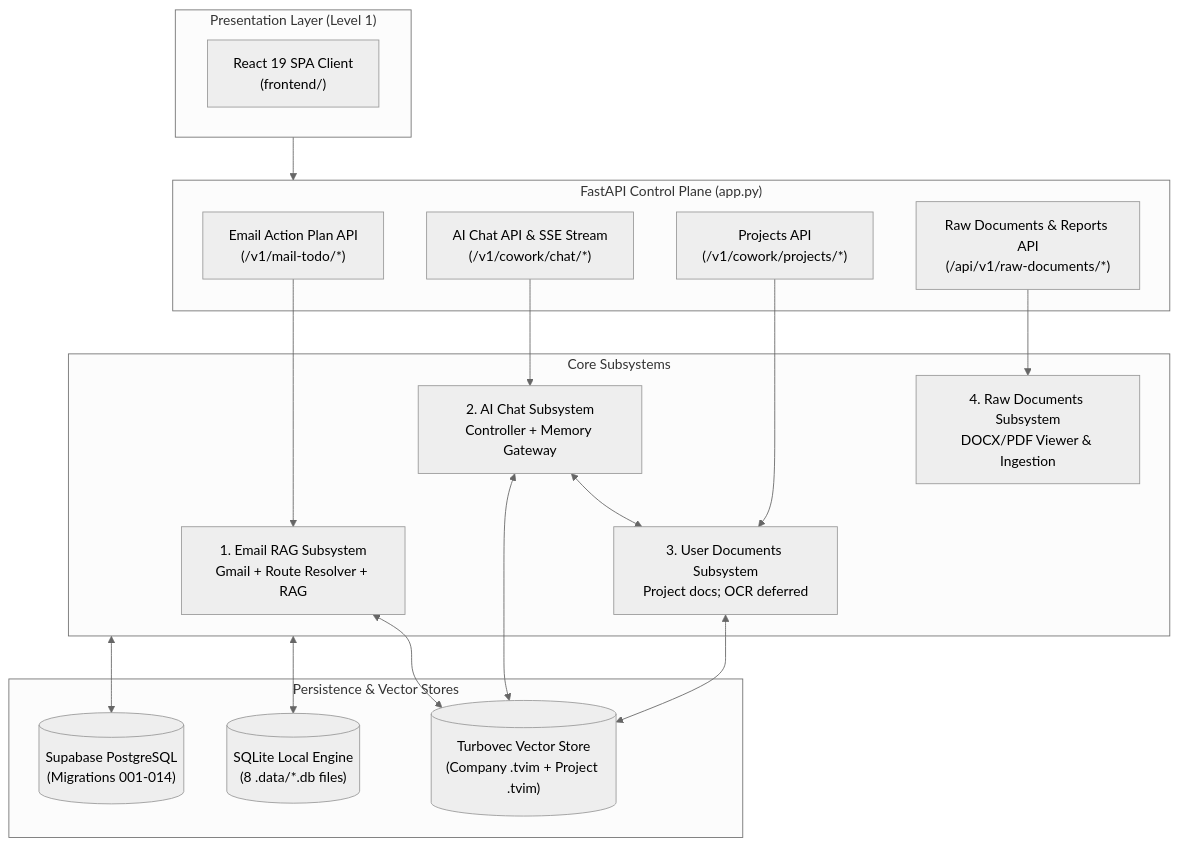
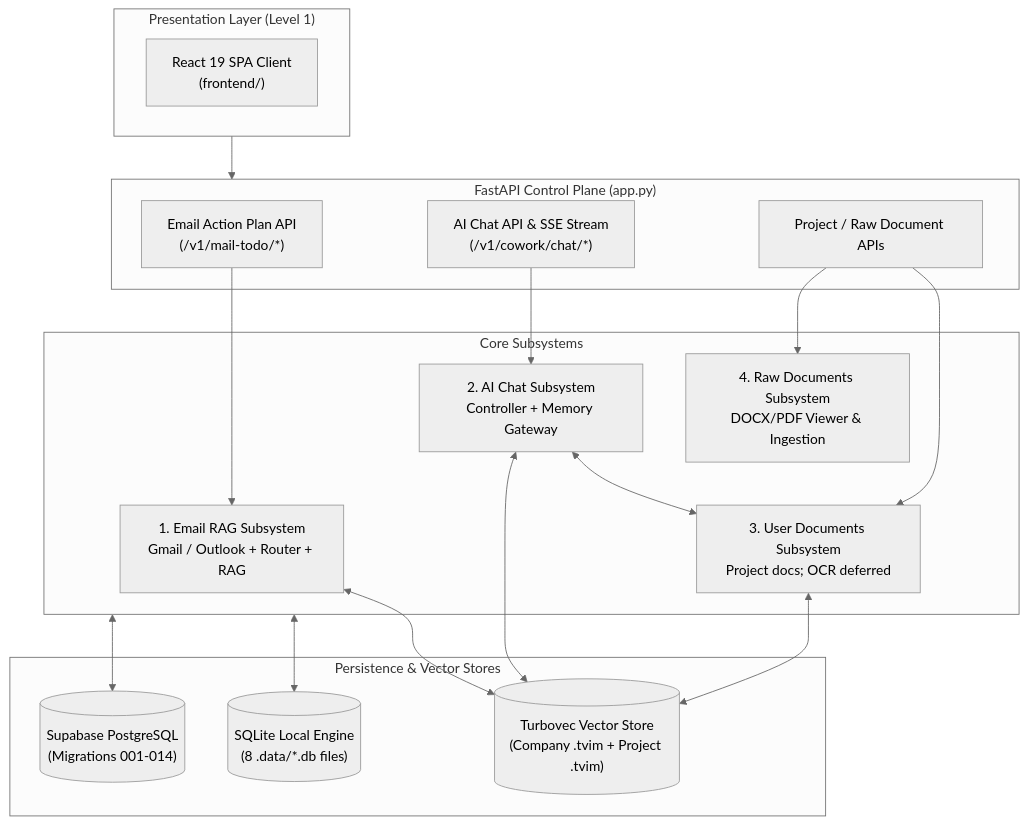
Before and after one commit to MathematicGuy/EMAIL-AGENT-v1: the diagram in docs/architectures/current-architectures/README.md, drawn with Mermaid (neutral theme). The commit also changed other lines of this file and 28 other files, not shown here.

````diff
--- a/docs/architectures/current-architectures/README.md
+++ b/docs/architectures/current-architectures/README.md
@@ -15,39 +15,38 @@
 ```mermaid
 flowchart TB
     subgraph CLIENTS["Presentation Layer (Level 1)"]
         UI_REACT["React 19 SPA Client<br/>(frontend/)"]
     end
 
     subgraph API["FastAPI Control Plane (app.py)"]
         EMAIL_API["Email Action Plan API<br/>(/v1/mail-todo/*)"]
         CHAT_API["AI Chat API & SSE Stream<br/>(/v1/cowork/chat/*)"]
-        PROJECT_API["Projects API<br/>(/v1/cowork/projects/*)"]
-        RAW_API["Raw Documents & Reports API<br/>(/api/v1/raw-documents/*)"]
+        DOC_API["Project / Raw Document APIs"]
     end
 
     subgraph SUBSYSTEMS["Core Subsystems"]
-        SUB_EMAIL["1. Email RAG Subsystem<br/>Gmail + Route Resolver + RAG"]
+        SUB_EMAIL["1. Email RAG Subsystem<br/>Gmail / Outlook + Router + RAG"]
         SUB_CHAT["2. AI Chat Subsystem<br/>Controller + Memory Gateway"]
         SUB_DOCS["3. User Documents Subsystem<br/>Project docs; OCR deferred"]
         SUB_RAW["4. Raw Documents Subsystem<br/>DOCX/PDF Viewer & Ingestion"]
     end
 
     subgraph STORES["Persistence & Vector Stores"]
         DB_LOCAL[("SQLite Local Engine<br/>(8 .data/*.db files)")]
         DB_PG[("Supabase PostgreSQL<br/>(Migrations 001-014)")]
         VECTOR[("Turbovec Vector Store<br/>(Company .tvim + Project .tvim)")]
     end
 
     CLIENTS --> API
     EMAIL_API --> SUB_EMAIL
     CHAT_API --> SUB_CHAT
-    PROJECT_API --> SUB_DOCS
-    RAW_API --> SUB_RAW
+    DOC_API --> SUB_DOCS
+    DOC_API --> SUB_RAW
     
     SUB_CHAT <--> SUB_DOCS
     SUB_EMAIL <--> VECTOR
     SUB_CHAT <--> VECTOR
     SUB_DOCS <--> VECTOR
     SUBSYSTEMS <--> DB_LOCAL
     SUBSYSTEMS <--> DB_PG
 ```
````
